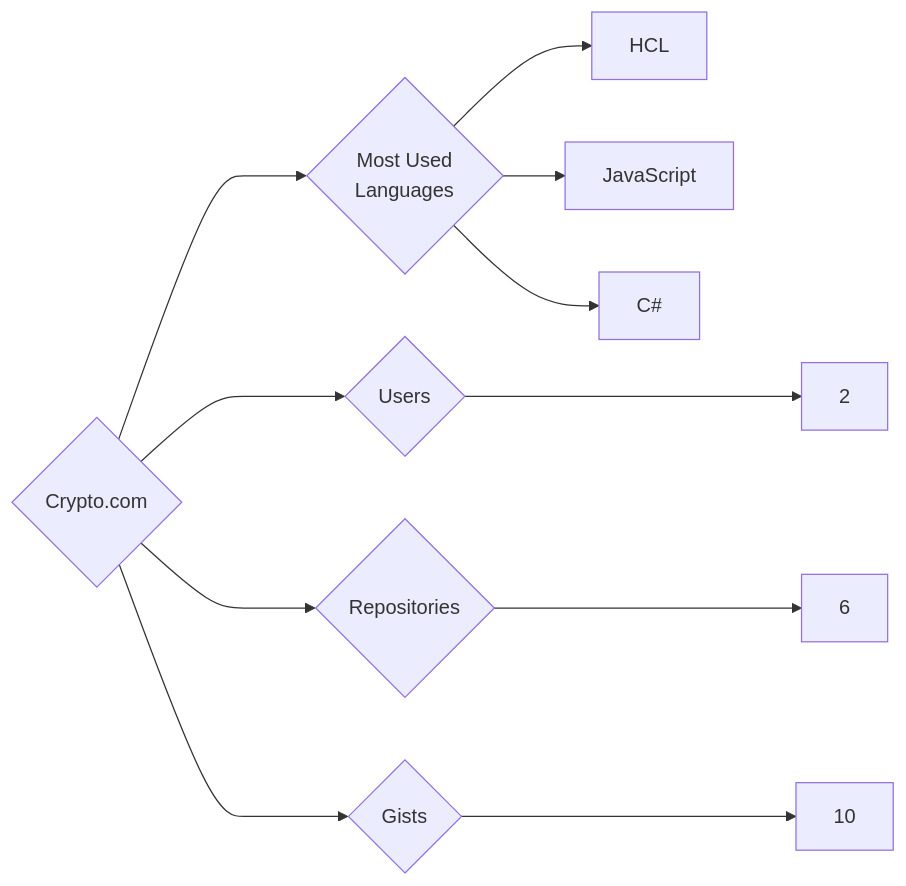
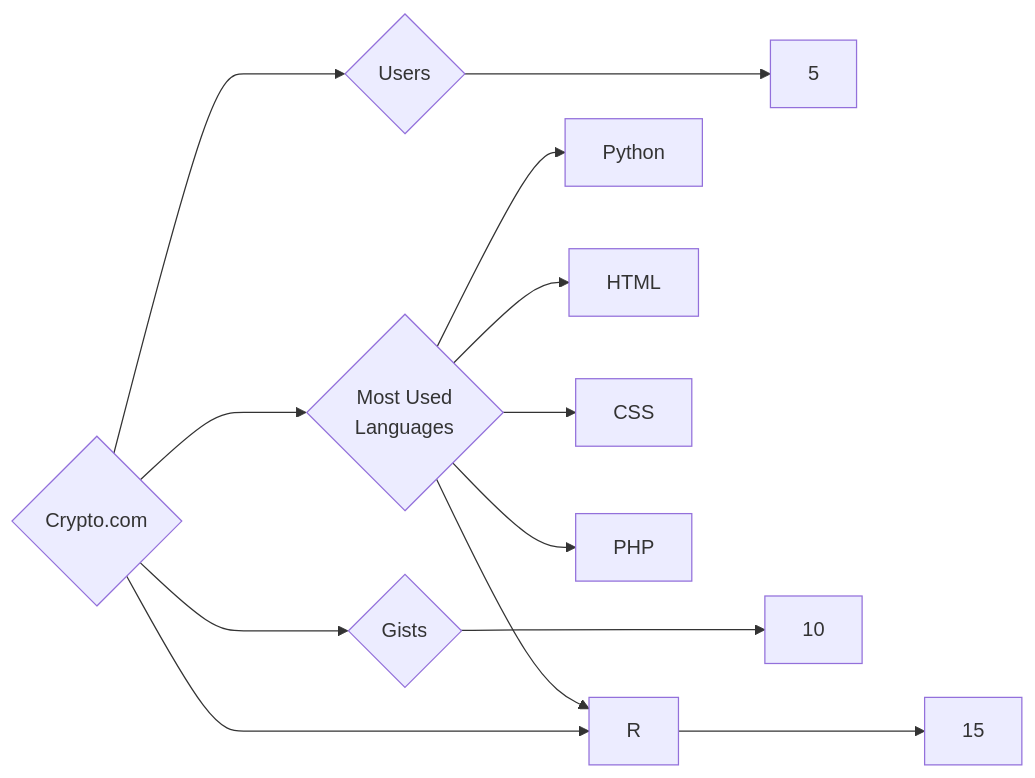
One commit to trickest/insiders changed the diagram in targets/Crypto.com/README.md. Above: the diagram before and after it, drawn with Mermaid. The commit also changed 1149 other files, not shown here.

````diff
--- a/targets/Crypto.com/README.md
+++ b/targets/Crypto.com/README.md
@@ -3,11 +3,13 @@
 ```mermaid
 graph LR
 COMPANY_NAME{Crypto.com}
-COMPANY_NAME ---> U{Users} ---> UN[2]
-COMPANY_NAME ---> R{Repositories} ---> RN[6]
+COMPANY_NAME ---> U{Users} ---> UN[5]
+COMPANY_NAME ---> R{Repositories} ---> RN[15]
 COMPANY_NAME ---> G{Gists} ---> GN[10]
 COMPANY_NAME ---> ML{Most Used<br>Languages}
-ML --> HCL[HCL]
-ML --> JavaScript[JavaScript]
-ML --> C#[C#]
+ML --> Python[Python]
+ML --> R[R]
+ML --> HTML[HTML]
+ML --> CSS[CSS]
+ML --> PHP[PHP]
 ```
````
